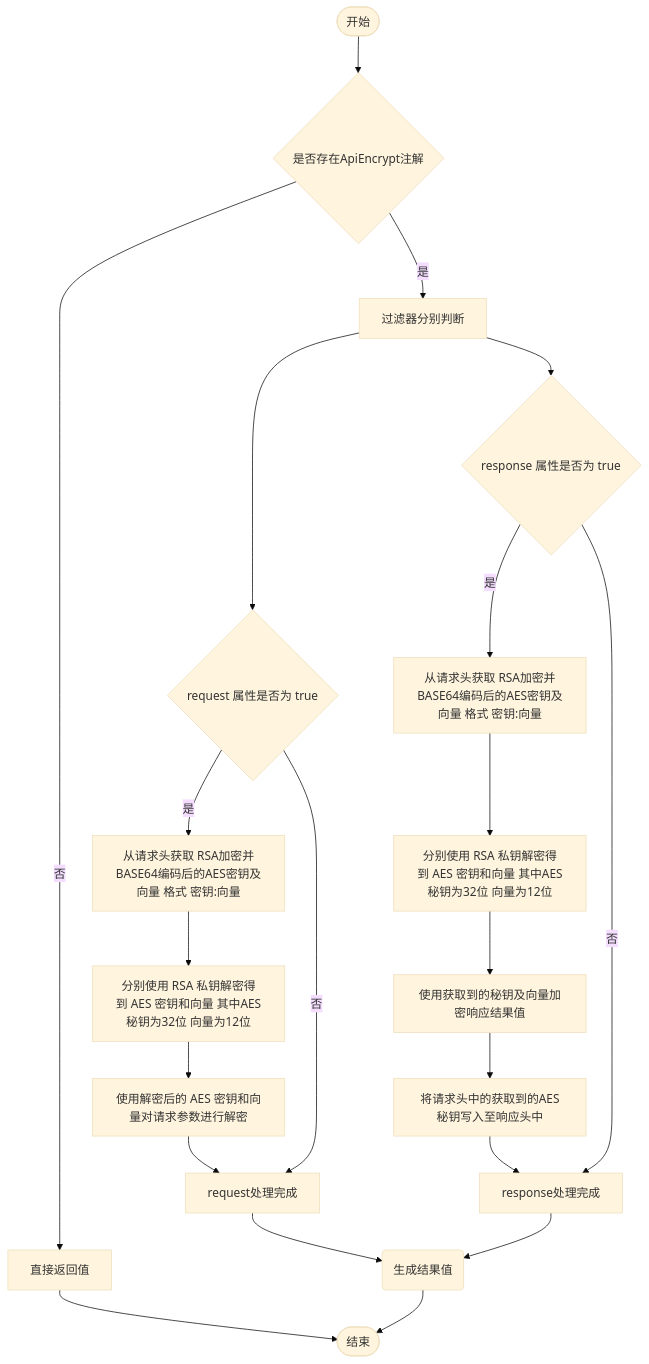
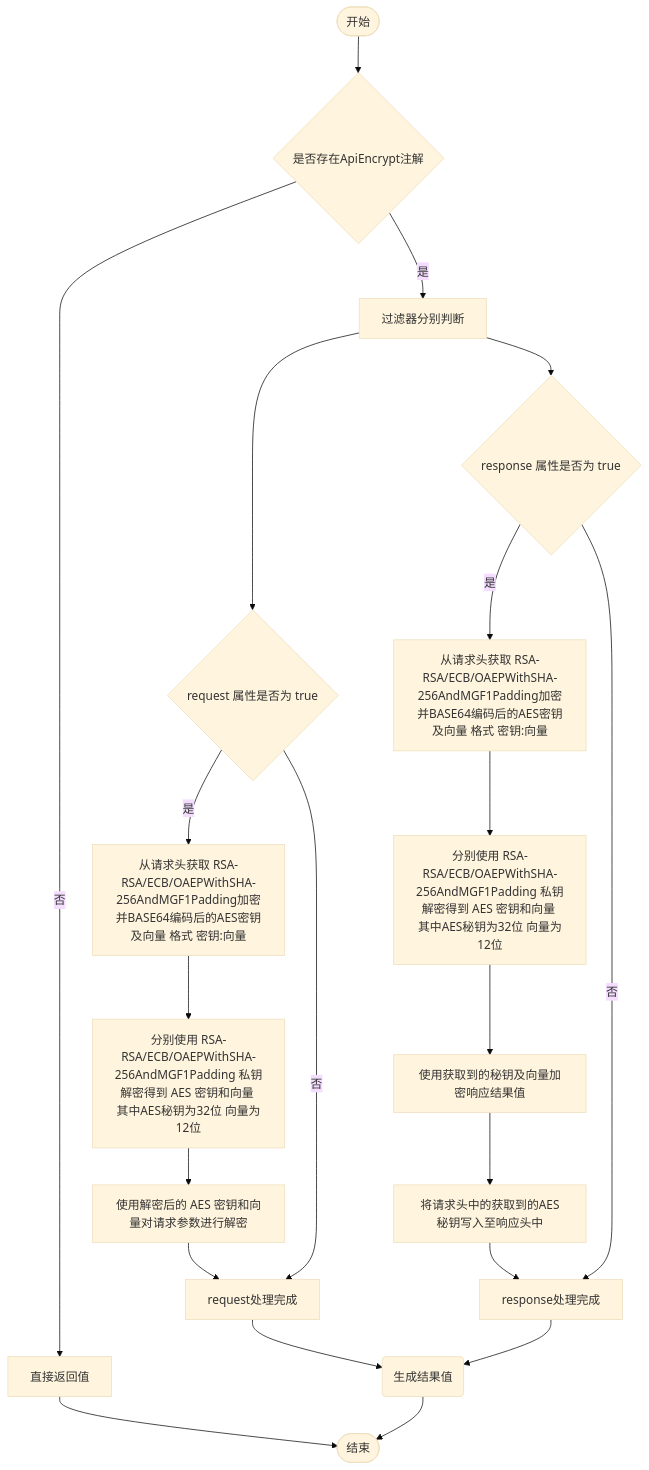
Before and after one commit to lucknhb/nhb-common: the diagram in README.md, drawn with Mermaid (base theme). The commit also changed other lines of this file and 5 other files, not shown here.

````diff
--- a/README.md
+++ b/README.md
@@ -565,24 +567,24 @@
    ```mermaid
    graph TD
        Start([开始]) --> CheckAnnotation{是否存在ApiEncrypt注解}
        CheckAnnotation -- 否 --> ReturnValue[直接返回值] --> End([结束])
        CheckAnnotation -- 是 --> ParallelStart[过滤器分别判断]
    
        ParallelStart --> RequestBranch{request 属性是否为 true}
        ParallelStart --> ResponseBranch{response 属性是否为 true}
    
-       RequestBranch -- 是 --> GetHeader[从请求头获取 RSA加密并BASE64编码后的AES密钥及向量 格式 密钥:向量]
-       GetHeader --> DecryptKeyIV[分别使用 RSA 私钥解密得到 AES 密钥和向量 其中AES秘钥为32位 向量为12位]
+       RequestBranch -- 是 --> GetHeader[从请求头获取 RSA-RSA/ECB/OAEPWithSHA-256AndMGF1Padding加密并BASE64编码后的AES密钥及向量 格式 密钥:向量]
+       GetHeader --> DecryptKeyIV[分别使用 RSA-RSA/ECB/OAEPWithSHA-256AndMGF1Padding 私钥解密得到 AES 密钥和向量 其中AES秘钥为32位 向量为12位]
        DecryptKeyIV --> DecryptParams[使用解密后的 AES 密钥和向量对请求参数进行解密] --> RequestEnd[request处理完成]
        RequestBranch -- 否 --> RequestEnd
    
-       ResponseBranch -- 是 --> GenAES[从请求头获取 RSA加密并BASE64编码后的AES密钥及向量 格式 密钥:向量]
-       GenAES --> EncryptResponse[分别使用 RSA 私钥解密得到 AES 密钥和向量 其中AES秘钥为32位 向量为12位]
+       ResponseBranch -- 是 --> GenAES[从请求头获取 RSA-RSA/ECB/OAEPWithSHA-256AndMGF1Padding加密并BASE64编码后的AES密钥及向量 格式 密钥:向量]
+       GenAES --> EncryptResponse[分别使用 RSA-RSA/ECB/OAEPWithSHA-256AndMGF1Padding 私钥解密得到 AES 密钥和向量 其中AES秘钥为32位 向量为12位]
        EncryptResponse --> EncryptKeyIV[使用获取到的秘钥及向量加密响应结果值]
        EncryptKeyIV --> SetHeader[将请求头中的获取到的AES秘钥写入至响应头中] --> ResponseEnd[response处理完成]
        ResponseBranch -- 否 --> ResponseEnd
    
        RequestEnd --> Join(生成结果值)
        ResponseEnd --> Join
        Join --> End
    ```
````
